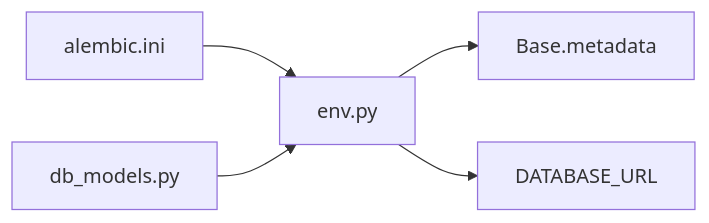
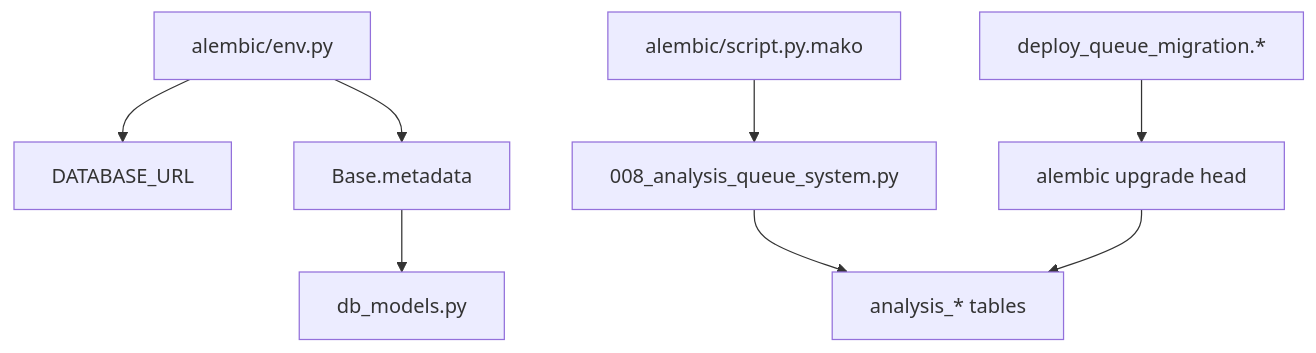
One commit to Revanththetalogics/aireume changed the sixth of 6 diagrams in .qoder/repowiki/en/content/Database Design/Migration Management.md. Above: the diagram before and after it, drawn with Mermaid. The commit also changed other lines of this file and 15 other files, not shown here.

````diff
--- a/.qoder/repowiki/en/content/Database Design/Migration Management.md
+++ b/.qoder/repowiki/en/content/Database Design/Migration Management.md
@@ -586,7 +338,10 @@
 ```mermaid
-graph LR
-Env["env.py"] --> Meta["Base.metadata"]
-Env --> URL["DATABASE_URL"]
-Cfg["alembic.ini"] --> Env
-Models["db_models.py"] --> Env
+graph TB
+Env["alembic/env.py"] --> DBConf["DATABASE_URL"]
+Env --> Meta["Base.metadata"]
+Meta --> Models["db_models.py"]
+Tmpl["alembic/script.py.mako"] --> Mig["008_analysis_queue_system.py"]
+Mig --> Tables["analysis_* tables"]
+Scripts["deploy_queue_migration.*"] --> AlembicCLI["alembic upgrade head"]
+AlembicCLI --> Tables
 ```
````
